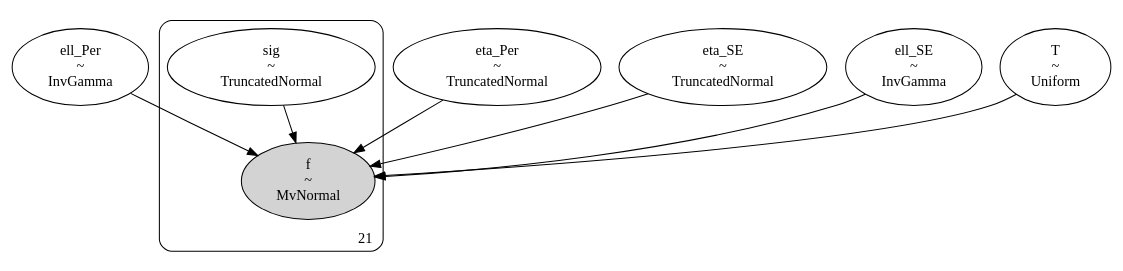
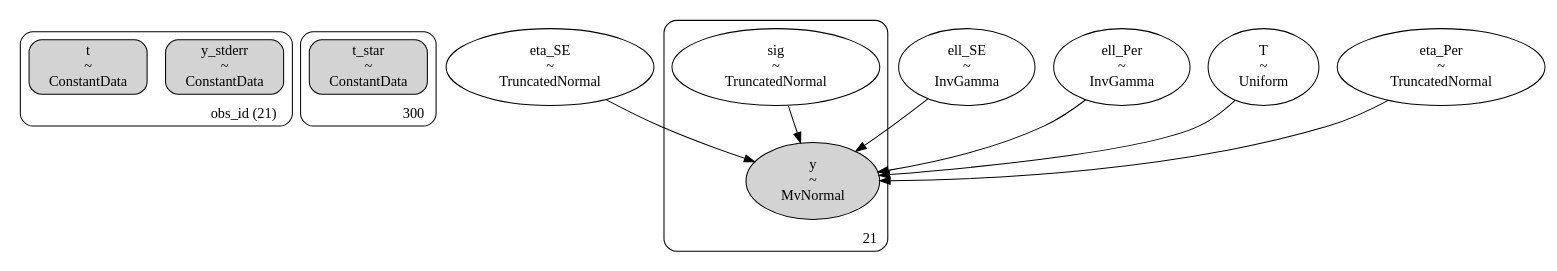
The diagram in dags/428_ra236.530_dec-46.922_4U1543TraPDB_andersson_gpSE_gpPer_dag.dot (shihchingfu/gp-sandbox-thunderkat), drawn with Graphviz before and after one commit. The commit also changed 12 other files, not shown here.

```diff
--- a/dags/428_ra236.530_dec-46.922_4U1543TraPDB_andersson_gpSE_gpPer_dag.dot
+++ b/dags/428_ra236.530_dec-46.922_4U1543TraPDB_andersson_gpSE_gpPer_dag.dot
@@ -1,32 +1,47 @@
 digraph {
-	ell_Per [label="ell_Per
+	subgraph "clusterobs_id (21)" {
+		y_stderr [label="y_stderr
 ~
-InvGamma" shape=ellipse]
-	eta_Per [label="eta_Per
+ConstantData" shape=box style="rounded, filled"]
+		t [label="t
 ~
-TruncatedNormal" shape=ellipse]
+ConstantData" shape=box style="rounded, filled"]
+		label="obs_id (21)" labeljust=r labelloc=b style=rounded
+	}
+	subgraph cluster300 {
+		t_star [label="t_star
+~
+ConstantData" shape=box style="rounded, filled"]
+		label=300 labeljust=r labelloc=b style=rounded
+	}
 	eta_SE [label="eta_SE
 ~
 TruncatedNormal" shape=ellipse]
 	ell_SE [label="ell_SE
 ~
 InvGamma" shape=ellipse]
+	ell_Per [label="ell_Per
+~
+InvGamma" shape=ellipse]
 	T [label="T
 ~
 Uniform" shape=ellipse]
+	eta_Per [label="eta_Per
+~
+TruncatedNormal" shape=ellipse]
 	subgraph cluster21 {
-		f [label="f
-~
-MvNormal" shape=ellipse style=filled]
 		sig [label="sig
 ~
 TruncatedNormal" shape=ellipse]
+		y [label="y
+~
+MvNormal" shape=ellipse style=filled]
 		label=21 labeljust=r labelloc=b style=rounded
 	}
-	ell_Per -> f
-	eta_Per -> f
-	T -> f
-	sig -> f
-	eta_SE -> f
-	ell_SE -> f
+	eta_SE -> y
+	ell_SE -> y
+	ell_Per -> y
+	T -> y
+	eta_Per -> y
+	sig -> y
 }
```
